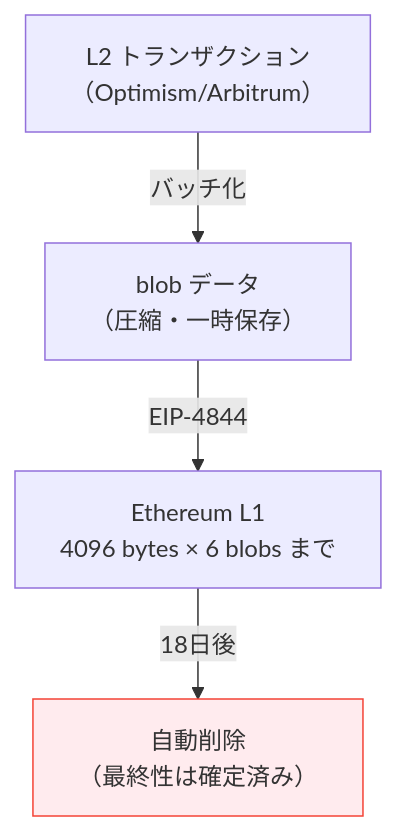
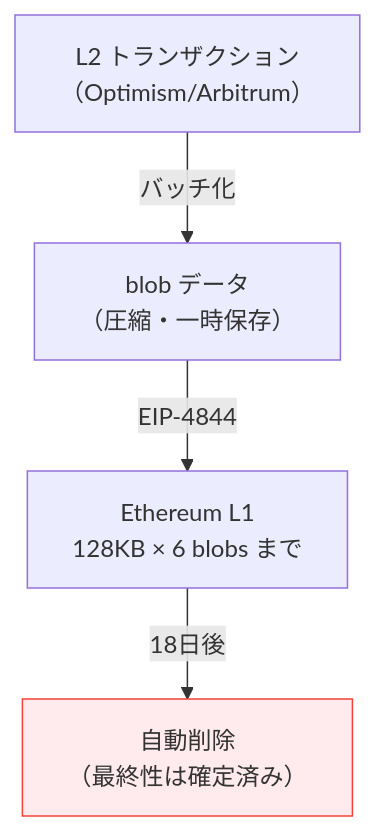
Before and after one commit to j-komatsu/ethereum-payment-backend: the fourth of 4 diagrams in docs/report-20-ethereum-roadmap.md, drawn with Mermaid. The commit also changed 5 other files, not shown here.

````diff
--- a/docs/report-20-ethereum-roadmap.md
+++ b/docs/report-20-ethereum-roadmap.md
@@ -116,9 +116,9 @@
 ```mermaid
 graph TB
     L2_TX["L2 トランザクション\n（Optimism/Arbitrum）"]
     L2_TX -->|バッチ化| BATCH["blob データ\n（圧縮・一時保存）"]
-    BATCH -->|EIP-4844| L1["Ethereum L1\n4096 bytes × 6 blobs まで"]
+    BATCH -->|EIP-4844| L1["Ethereum L1\n128KB × 6 blobs まで"]
     L1 -->|18日後| DELETE["自動削除\n（最終性は確定済み）"]
 
     style DELETE fill:#ffebee,stroke:#f44336
 ```
````
